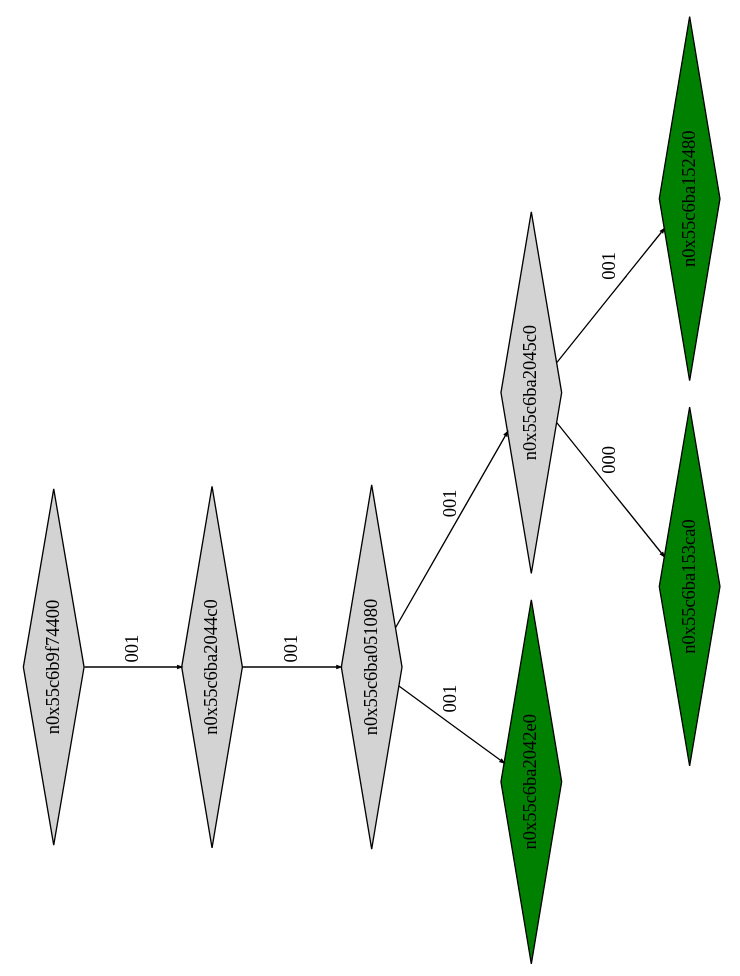
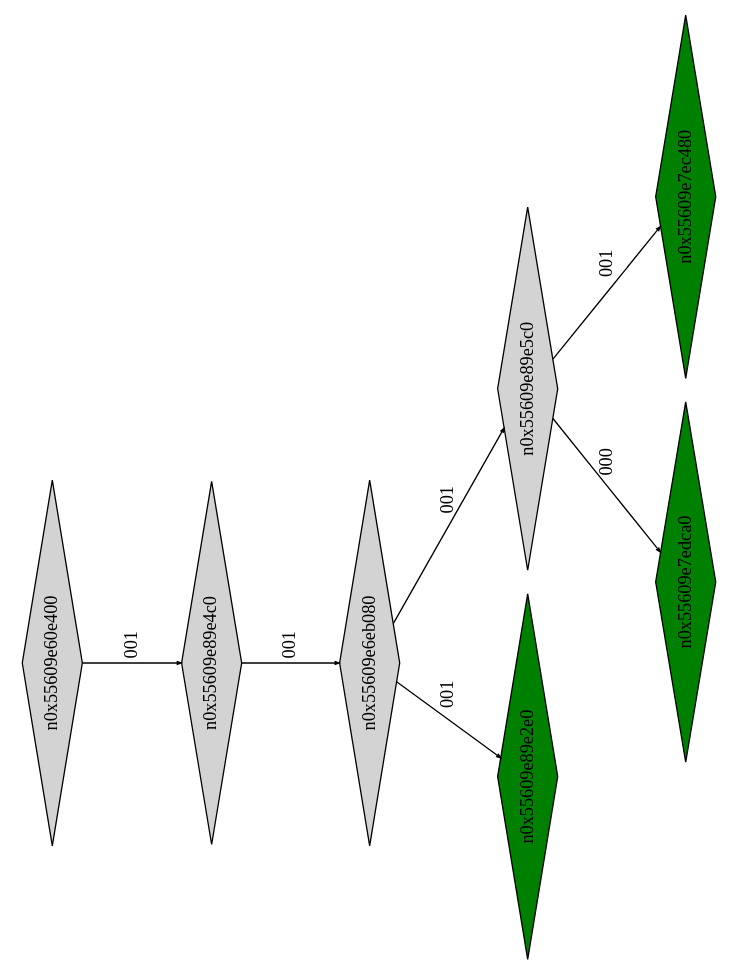
One commit to Research-Tools-PAVT/PSE-Program-Examples changed the diagram in example4_klee_out/ptree_00000799.dot. Above: the diagram before and after it, drawn with Graphviz. The commit also changed 80 other files, not shown here.

```diff
--- a/example4_klee_out/ptree_00000799.dot
+++ b/example4_klee_out/ptree_00000799.dot
@@ -1,21 +1,21 @@
 digraph G {
 	size="10,7.5";
 	ratio=fill;
 	rotate=90;
 	center = "true";
 	node [style="filled",width=.1,height=.1,fontname="Terminus"]
 	edge [arrowsize=.3]
-	n0x55c6b9f74400 [shape=diamond];
-	n0x55c6b9f74400 -> n0x55c6ba2044c0 [label=001];
-	n0x55c6ba2044c0 [shape=diamond];
-	n0x55c6ba2044c0 -> n0x55c6ba051080 [label=001];
-	n0x55c6ba051080 [shape=diamond];
-	n0x55c6ba051080 -> n0x55c6ba2042e0 [label=001];
-	n0x55c6ba051080 -> n0x55c6ba2045c0 [label=001];
-	n0x55c6ba2045c0 [shape=diamond];
-	n0x55c6ba2045c0 -> n0x55c6ba153ca0 [label=000];
-	n0x55c6ba2045c0 -> n0x55c6ba152480 [label=001];
-	n0x55c6ba152480 [shape=diamond,fillcolor=green];
-	n0x55c6ba153ca0 [shape=diamond,fillcolor=green];
-	n0x55c6ba2042e0 [shape=diamond,fillcolor=green];
+	n0x55609e60e400 [shape=diamond];
+	n0x55609e60e400 -> n0x55609e89e4c0 [label=001];
+	n0x55609e89e4c0 [shape=diamond];
+	n0x55609e89e4c0 -> n0x55609e6eb080 [label=001];
+	n0x55609e6eb080 [shape=diamond];
+	n0x55609e6eb080 -> n0x55609e89e2e0 [label=001];
+	n0x55609e6eb080 -> n0x55609e89e5c0 [label=001];
+	n0x55609e89e5c0 [shape=diamond];
+	n0x55609e89e5c0 -> n0x55609e7edca0 [label=000];
+	n0x55609e89e5c0 -> n0x55609e7ec480 [label=001];
+	n0x55609e7ec480 [shape=diamond,fillcolor=green];
+	n0x55609e7edca0 [shape=diamond,fillcolor=green];
+	n0x55609e89e2e0 [shape=diamond,fillcolor=green];
 }
```
